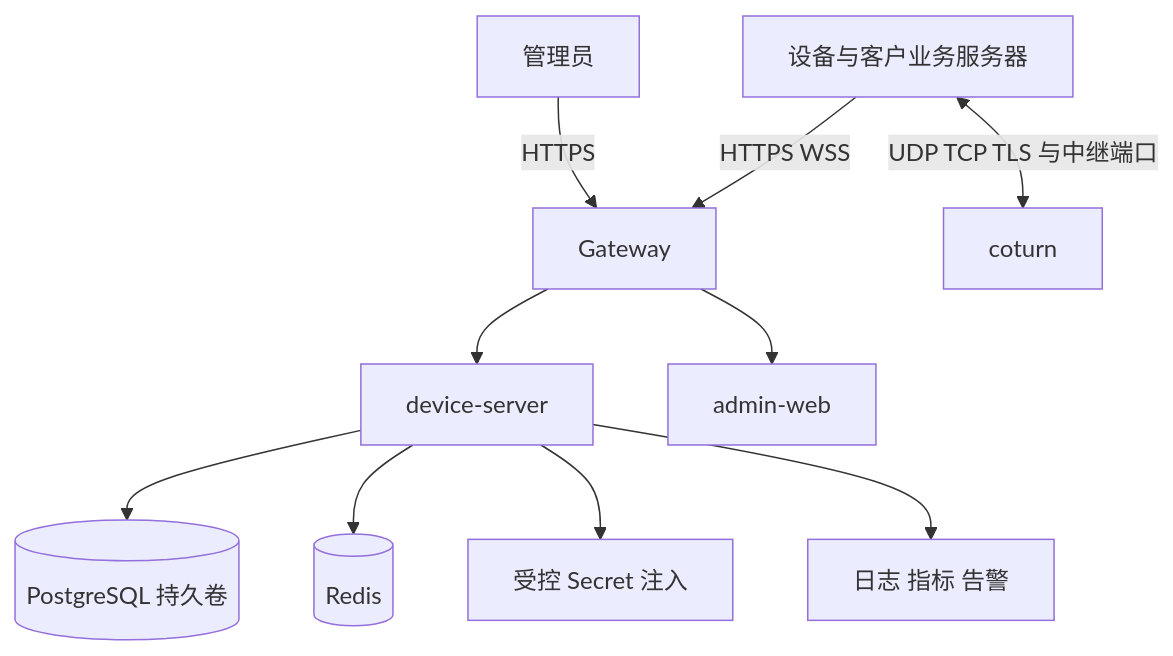
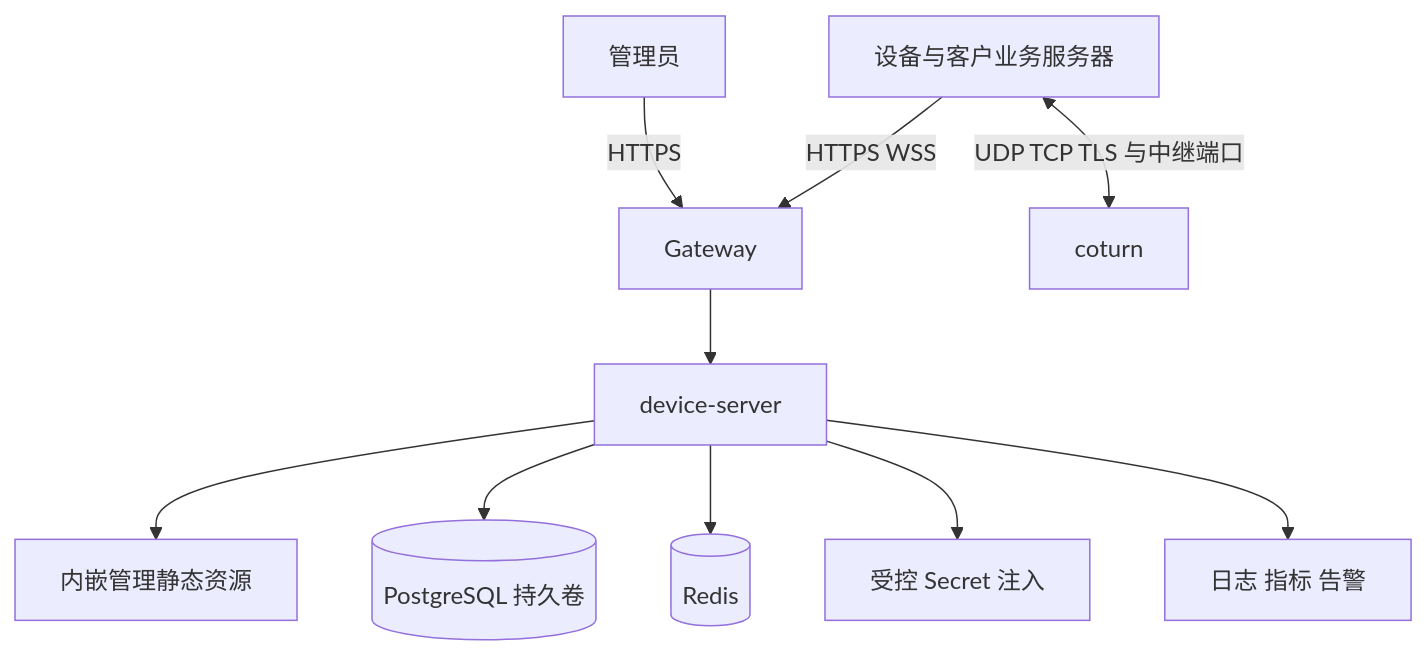
Before and after one commit to barry-ran/peerloom: the first of 3 diagrams in docs/部署指南.md, drawn with Mermaid. The commit also changed other lines of this file and 12 other files, not shown here.

````diff
--- a/docs/部署指南.md
+++ b/docs/部署指南.md
@@ -11,12 +11,12 @@
 ```mermaid
 flowchart TB
     D[设备与客户业务服务器] -->|HTTPS WSS| G[Gateway]
     U[管理员] -->|HTTPS| G
     G --> S[device-server]
-    G --> W[admin-web]
+    S --> W[内嵌管理静态资源]
     S --> P[(PostgreSQL 持久卷)]
     S --> R[(Redis)]
     D <-->|UDP TCP TLS 与中继端口| T[coturn]
     S --> K[受控 Secret 注入]
     S --> O[日志 指标 告警]
 ```
````
